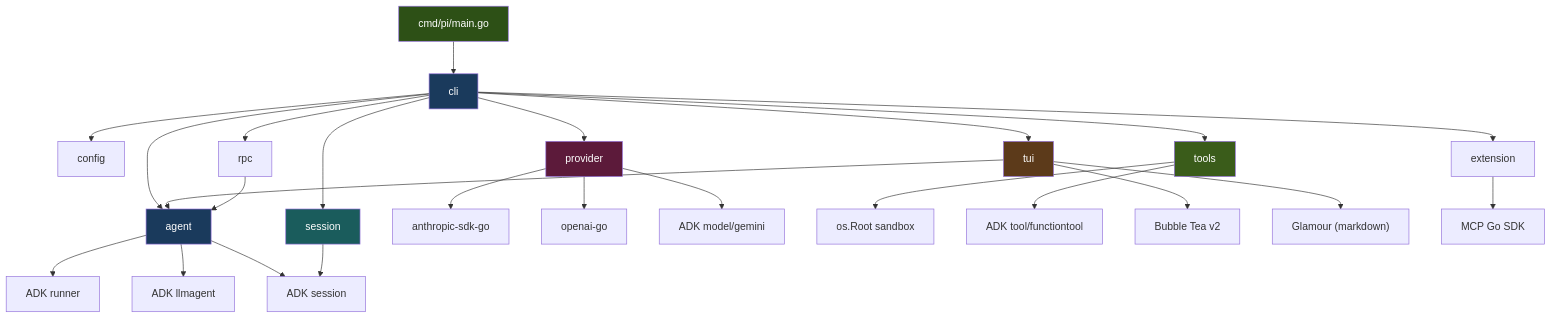
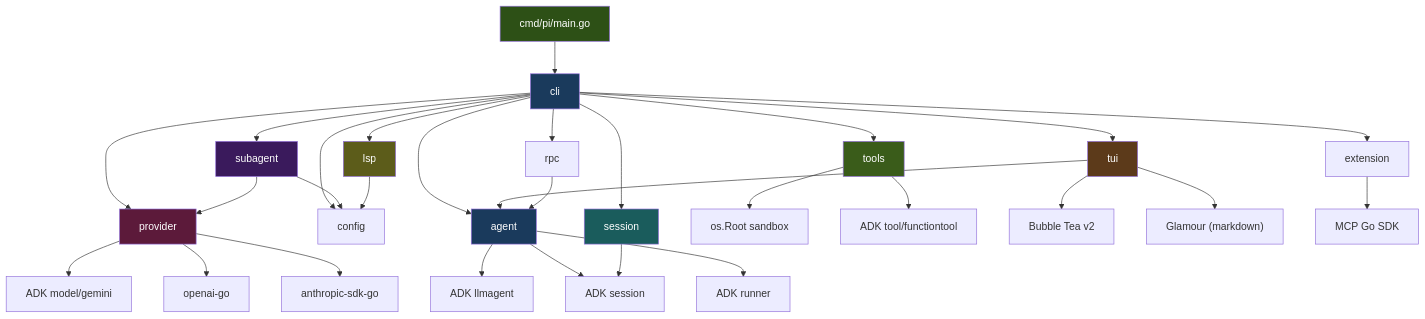
Before and after one commit to dimetron/pi-go: the first of 10 diagrams in ARCHITECTURE.md, drawn with Mermaid. The commit also changed other lines of this file and 1 other file, not shown here.

Commit message:
feat: update ARCHITECTURE.md with subagent, LSP, git tools, and model roles

````diff
--- a/ARCHITECTURE.md
+++ b/ARCHITECTURE.md
@@ -26,41 +28,50 @@
 ```mermaid
 graph TD
     main["cmd/pi/main.go"] --> cli["cli"]
     cli --> agent["agent"]
     cli --> config["config"]
     cli --> provider["provider"]
     cli --> tools["tools"]
     cli --> extension["extension"]
     cli --> session["session"]
     cli --> tui["tui"]
     cli --> rpc["rpc"]
+    cli --> subagent["subagent"]
+    cli --> lsp["lsp"]
 
     agent --> adk_runner["ADK runner"]
     agent --> adk_llmagent["ADK llmagent"]
     agent --> adk_session["ADK session"]
 
     provider --> anthropic_sdk["anthropic-sdk-go"]
     provider --> openai_sdk["openai-go"]
     provider --> adk_gemini["ADK model/gemini"]
 
     tools --> sandbox["os.Root sandbox"]
     tools --> adk_tool["ADK tool/functiontool"]
+
+    subagent --> config
+    subagent --> provider
+
+    lsp --> config
 
     tui --> bubbletea["Bubble Tea v2"]
     tui --> glamour["Glamour (markdown)"]
     tui --> agent
 
     rpc --> agent
 
     extension --> mcp_sdk["MCP Go SDK"]
 
     session --> adk_session
 
     style main fill:#2d5016,color:#fff
     style cli fill:#1a3a5c,color:#fff
     style agent fill:#1a3a5c,color:#fff
     style provider fill:#5c1a3a,color:#fff
     style tools fill:#3a5c1a,color:#fff
     style tui fill:#5c3a1a,color:#fff
     style session fill:#1a5c5c,color:#fff
+    style subagent fill:#3a1a5c,color:#fff
+    style lsp fill:#5c5c1a,color:#fff
 ```
````
